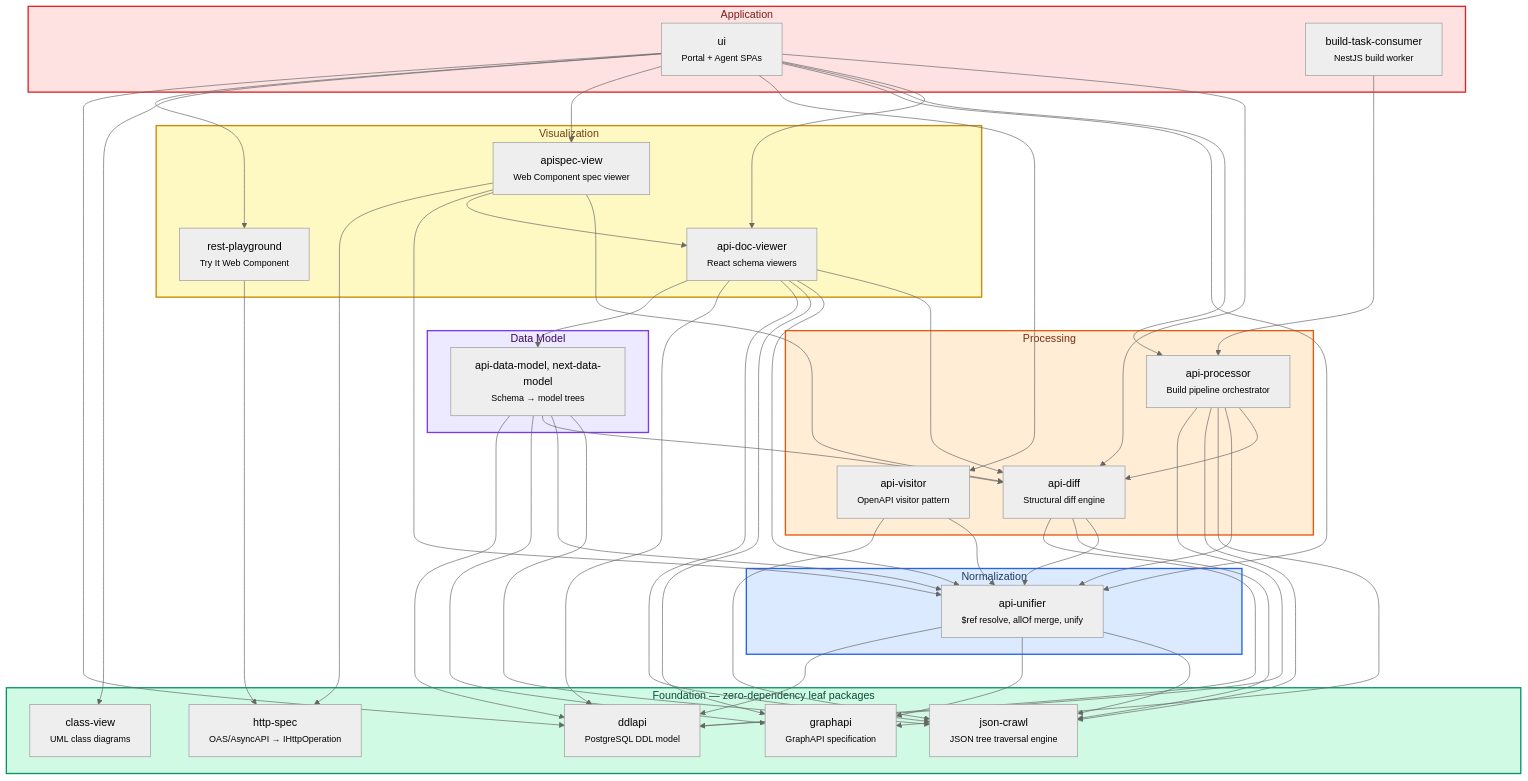
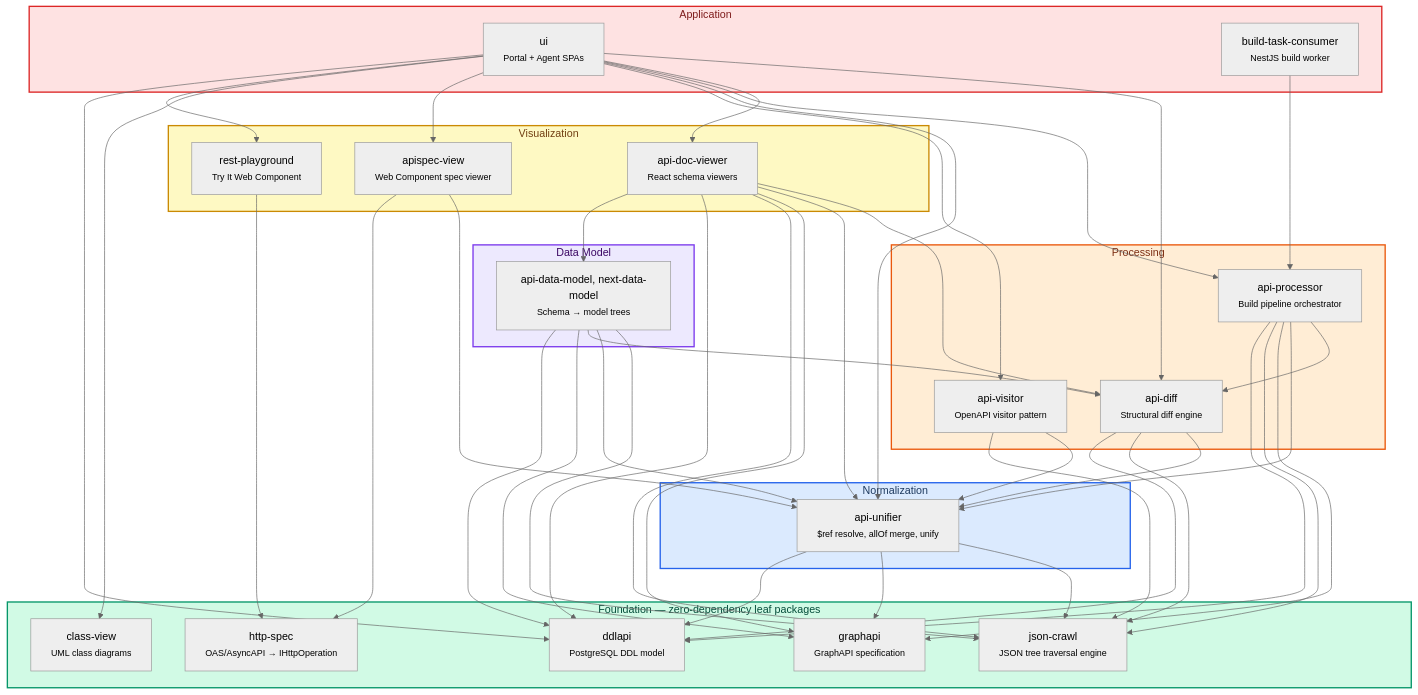
The second of 6 diagrams in docs/architecture/processing-libraries.md (Netcracker/qubership-apihub), drawn with Mermaid (neutral theme) before and after one commit. The commit also changed other lines of this file and 22 other files, not shown here.

```diff
--- a/docs/architecture/processing-libraries.md
+++ b/docs/architecture/processing-libraries.md
@@ -197,8 +195,6 @@
   docviewer --> crawl
   docviewer --> ddlapi
   docviewer --> datamod
-  apispecview --> diff
-  apispecview --> docviewer
   apispecview --> unifier
   apispecview --> httpspec
   playground --> httpspec
```
